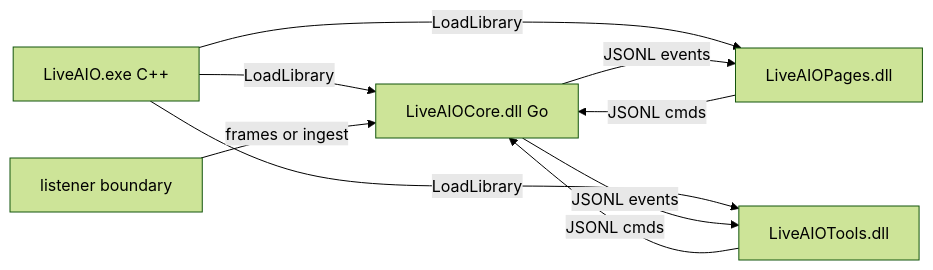
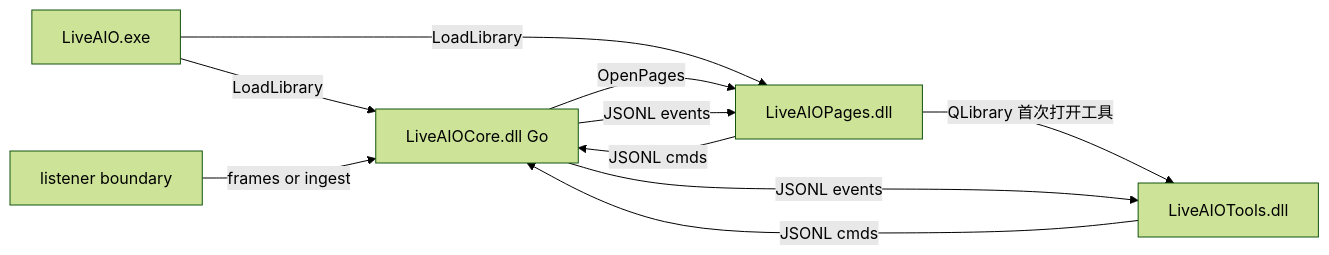
One commit to bitto205/liveAll-In-One changed the diagram in core/CPP_UI_CONTRACT.md. Above: the diagram before and after it, drawn with Mermaid (forest theme). The commit also changed other lines of this file and 23 other files, not shown here.

````diff
--- a/core/CPP_UI_CONTRACT.md
+++ b/core/CPP_UI_CONTRACT.md
@@ -24,16 +24,17 @@
 ```mermaid
 flowchart LR
-  Host["LiveAIO.exe C++"]
+  Exe["LiveAIO.exe"]
   Core["LiveAIOCore.dll Go"]
   Pages["LiveAIOPages.dll"]
   Tools["LiveAIOTools.dll"]
   Listener["listener boundary"]
-  Host -->|LoadLibrary| Core
-  Host -->|LoadLibrary| Pages
-  Host -->|LoadLibrary| Tools
+  Exe -->|LoadLibrary| Core
+  Exe -->|LoadLibrary| Pages
+  Core -->|OpenPages| Pages
+  Pages -->|QLibrary 首次打开工具| Tools
   Pages -->|"JSONL cmds"| Core
   Tools -->|"JSONL cmds"| Core
   Core -->|"JSONL events"| Pages
   Core -->|"JSONL events"| Tools
   Listener -->|"frames or ingest"| Core
 ```
````
